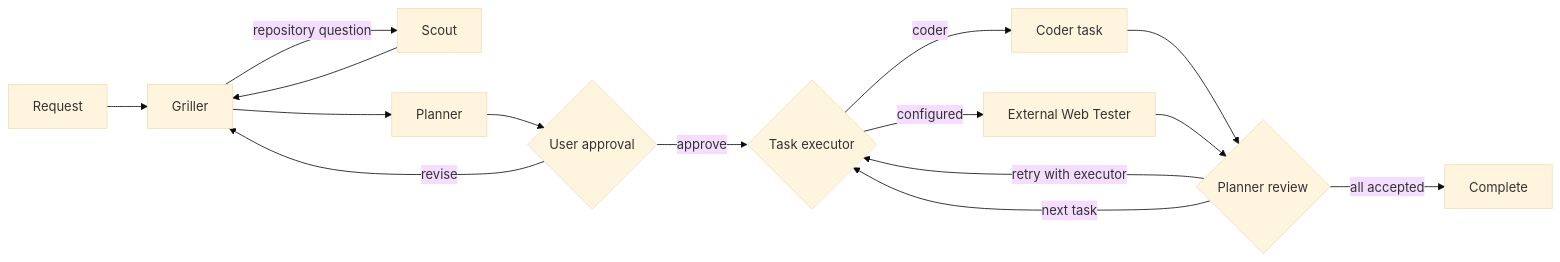
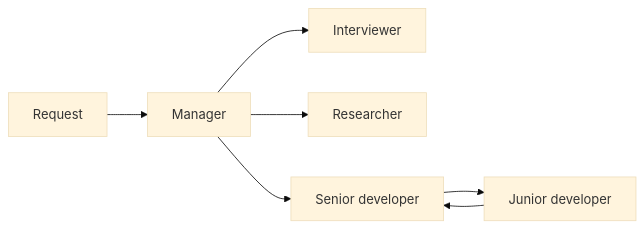
The diagram in README.md (snowmerak/q), drawn with Mermaid (base theme) before and after one commit. The commit also changed other lines of this file and 103 other files, not shown here.

````diff
--- a/README.md
+++ b/README.md
@@ -262,17 +259,9 @@
 ```mermaid
 flowchart LR
-    U[Request] --> G[Griller]
-    G -->|repository question| S[Scout]
-    S --> G
-    G --> P[Planner]
-    P --> A{User approval}
-    A -->|revise| G
-    A -->|approve| E{Task executor}
-    E -->|coder| C[Coder task]
-    E -->|configured| W[External Web Tester]
-    C --> R{Planner review}
-    W --> R
-    R -->|retry with executor| E
-    R -->|next task| E
-    R -->|all accepted| D[Complete]
+    U[Request] --> M[Manager]
+    M --> I[Interviewer]
+    M --> R[Researcher]
+    M --> S[Senior developer]
+    S --> J[Junior developer]
+    J --> S
 ```
````
